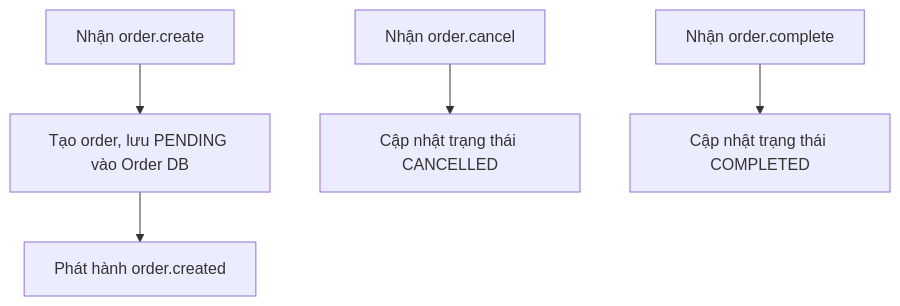
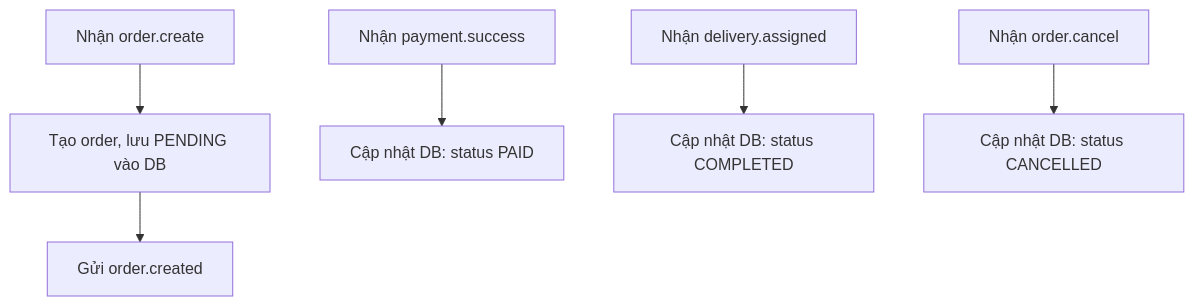
One commit to Dung1409/SOA changed the fourth of 7 diagrams in analysis-and-design-new.md. Above: the diagram before and after it, drawn with Mermaid. The commit also changed other lines of this file and 1 other file, not shown here.

Commit message:
remove endpoint: /task/order/status + modify doc

````diff
--- a/analysis-and-design-new.md
+++ b/analysis-and-design-new.md
@@ -274,7 +296,8 @@
 ```mermaid
 flowchart TD
-  A["Nhận order.create"] --> B["Tạo order, lưu PENDING vào Order DB"]
-  B --> C["Phát hành order.created"]
-  D["Nhận order.cancel"] --> E["Cập nhật trạng thái CANCELLED"]
-  F["Nhận order.complete"] --> G["Cập nhật trạng thái COMPLETED"]
+  A["Nhận order.create"] --> B["Tạo order, lưu PENDING vào DB"]
+  B --> C["Gửi order.created"]
+  D["Nhận payment.success"] --> E["Cập nhật DB: status PAID"]
+  F["Nhận delivery.assigned"] --> G["Cập nhật DB: status COMPLETED"]
+  H["Nhận order.cancel"] --> I["Cập nhật DB: status CANCELLED"]
 ```
````
